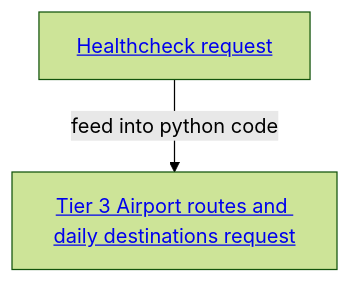
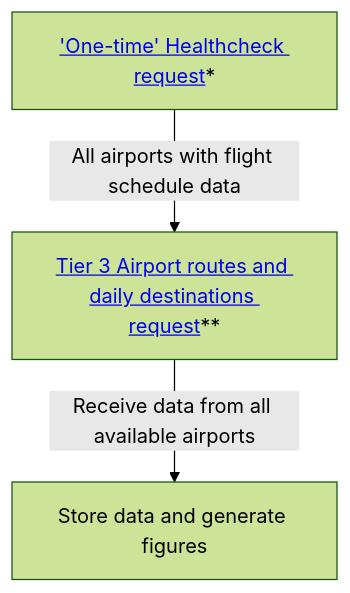
One commit to sustainableaviation/demand changed the diagram in README.md. Above: the diagram before and after it, drawn with Mermaid (forest theme). The commit also changed other lines of this file, not shown here.

````diff
--- a/README.md
+++ b/README.md
@@ -15,7 +15,9 @@
 ```mermaid
 flowchart TD;
-    id1[<a href='https://doc.aerodatabox.com/#tag/Healthcheck-API/operation/GetFeedAirports'>Healthcheck request</a>]
-	--feed into python code--> 
-	id2[<a href='https://doc.aerodatabox.com/#tag/Statistical-API/operation/GetRouteDailyStatistics'>Tier 3 Airport routes and daily destinations request</a>]
+  id1[<a href='https://doc.aerodatabox.com/#tag/Healthcheck-API/operation/GetFeedAirports'>'One-time' Healthcheck request</a>*]
+	--All airports with flight schedule data--> 
+	id2[<a href='https://doc.aerodatabox.com/#tag/Statistical-API/operation/GetRouteDailyStatistics'>Tier 3 Airport routes and daily destinations request</a>**]
+  --Receive data from all available airports--> 
+  id3[Store data and generate figures]
 
 ```
````
